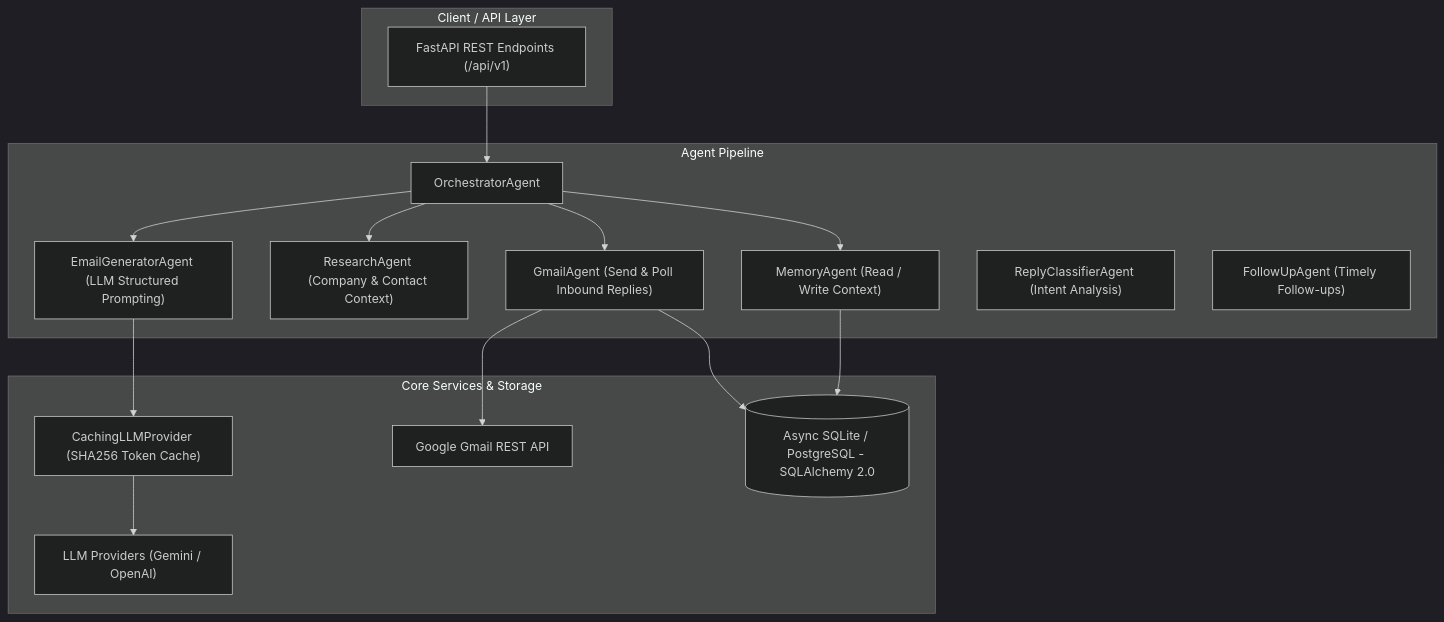
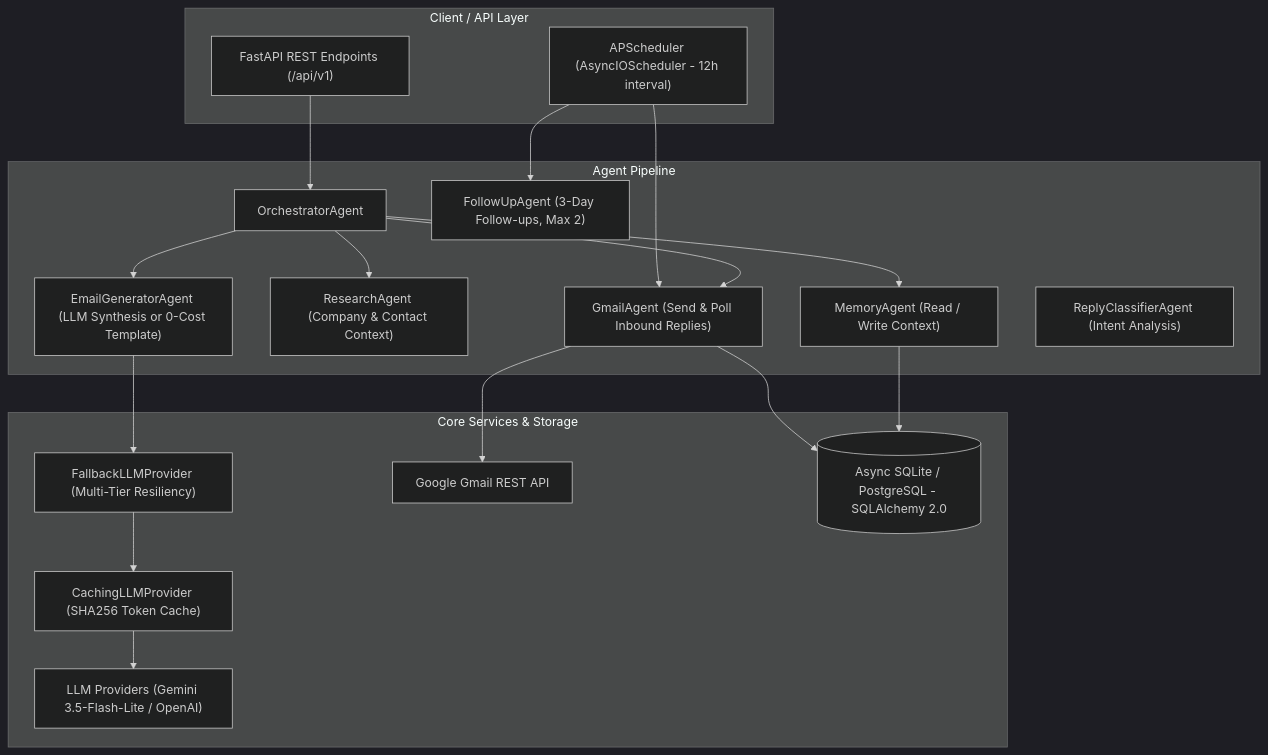
The diagram in README.md (RitikaJain8818/job-outreach-agent), drawn with Mermaid (dark theme) before and after one commit. The commit also changed other lines of this file, not shown here.

Commit message:
docs: update README.md with Phase 4 architecture, FallbackLLMProvider, 0-cost template mode, and new endpoints

````diff
--- a/README.md
+++ b/README.md
@@ -25,34 +27,39 @@
 ```mermaid
 flowchart TD
     subgraph Client ["Client / API Layer"]
         API["FastAPI REST Endpoints (/api/v1)"]
+        SCHED["APScheduler (AsyncIOScheduler - 12h interval)"]
     end
 
     subgraph Orchestration ["Agent Pipeline"]
         ORCH["OrchestratorAgent"]
         MEM["MemoryAgent (Read / Write Context)"]
         RES["ResearchAgent (Company & Contact Context)"]
-        GEN["EmailGeneratorAgent (LLM Structured Prompting)"]
+        GEN["EmailGeneratorAgent (LLM Synthesis or 0-Cost Template)"]
         GMAIL["GmailAgent (Send & Poll Inbound Replies)"]
         CLASS["ReplyClassifierAgent (Intent Analysis)"]
-        FUP["FollowUpAgent (Timely Follow-ups)"]
+        FUP["FollowUpAgent (3-Day Follow-ups, Max 2)"]
     end
 
     subgraph Services ["Core Services & Storage"]
+        FALLBACK["FallbackLLMProvider (Multi-Tier Resiliency)"]
         CACHE["CachingLLMProvider (SHA256 Token Cache)"]
-        LLM["LLM Providers (Gemini / OpenAI)"]
+        LLM["LLM Providers (Gemini 3.5-Flash-Lite / OpenAI)"]
         GMAIL_API["Google Gmail REST API"]
         DB[(Async SQLite / PostgreSQL - SQLAlchemy 2.0)]
     end
 
     API --> ORCH
+    SCHED --> GMAIL
+    SCHED --> FUP
     ORCH --> MEM
     ORCH --> RES
     ORCH --> GEN
-    GEN --> CACHE
+    GEN --> FALLBACK
+    FALLBACK --> CACHE
     CACHE --> LLM
     ORCH --> GMAIL
     GMAIL --> GMAIL_API
     GMAIL --> DB
     MEM --> DB
 ```
````
